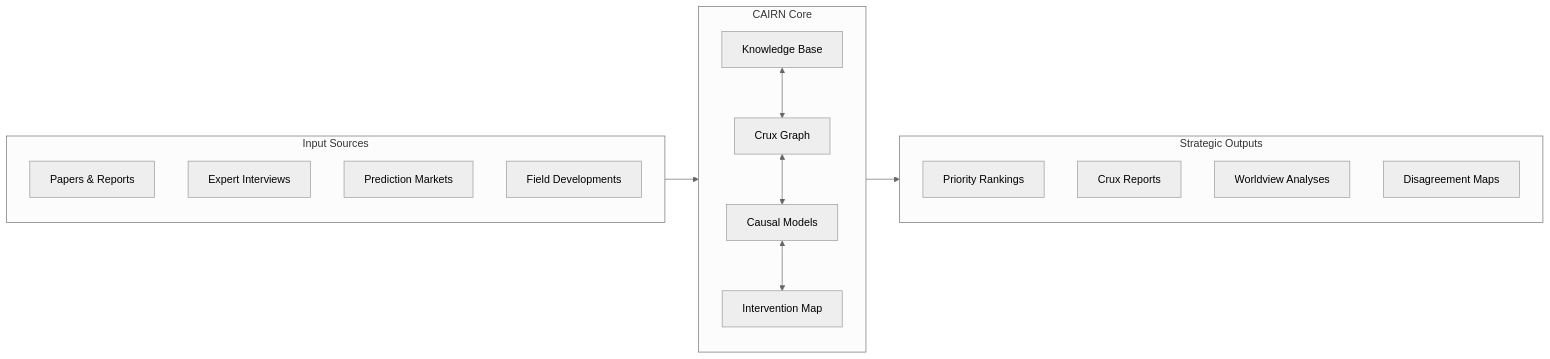
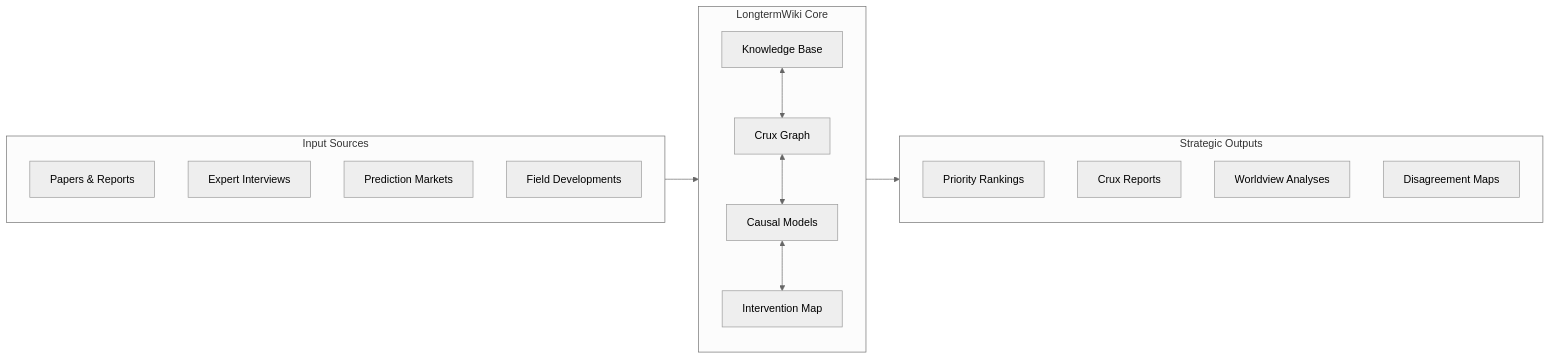
One commit to quantified-uncertainty/cairn changed the second of 5 diagrams in apps/longterm/src/content/docs/internal/cairn-vision.md. Above: the diagram before and after it, drawn with Mermaid (neutral theme). The commit also changed other lines of this file and 42 other files, not shown here.

First line of the commit message:
Rename wiki from CAIRN to LongtermWiki

````diff
--- a/apps/longterm/src/content/docs/internal/cairn-vision.md
+++ b/apps/longterm/src/content/docs/internal/cairn-vision.md
@@ -85,31 +85,31 @@
 ```mermaid
 flowchart LR
     subgraph Sources["Input Sources"]
         S1[Papers & Reports]
         S2[Expert Interviews]
         S3[Prediction Markets]
         S4[Field Developments]
     end
 
-    subgraph CAIRN["CAIRN Core"]
+    subgraph LongtermWiki["LongtermWiki Core"]
         direction TB
         K[Knowledge Base]
         C[Crux Graph]
         M[Causal Models]
         I[Intervention Map]
 
         K <--> C
         C <--> M
         M <--> I
     end
 
     subgraph Outputs["Strategic Outputs"]
         O1[Priority Rankings]
         O2[Crux Reports]
         O3[Worldview Analyses]
         O4[Disagreement Maps]
     end
 
-    Sources --> CAIRN
-    CAIRN --> Outputs
+    Sources --> LongtermWiki
+    LongtermWiki --> Outputs
 ```
````
